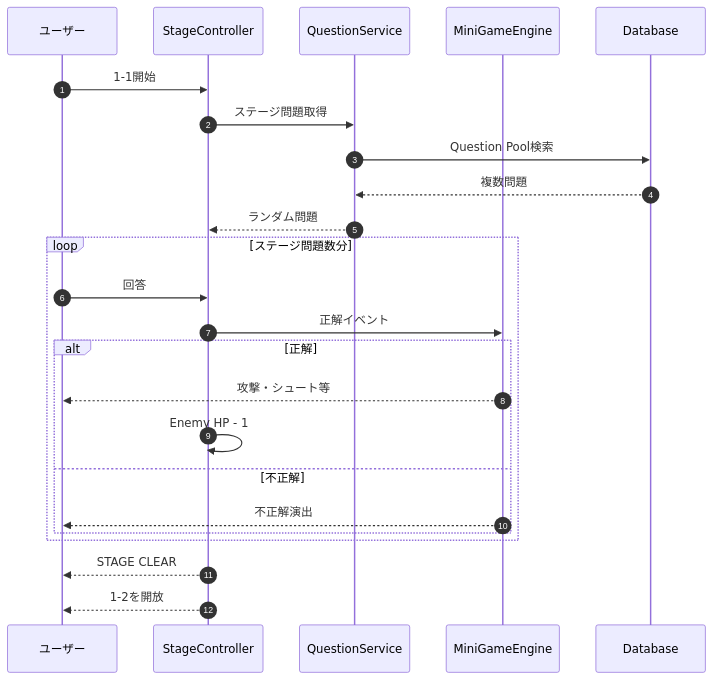
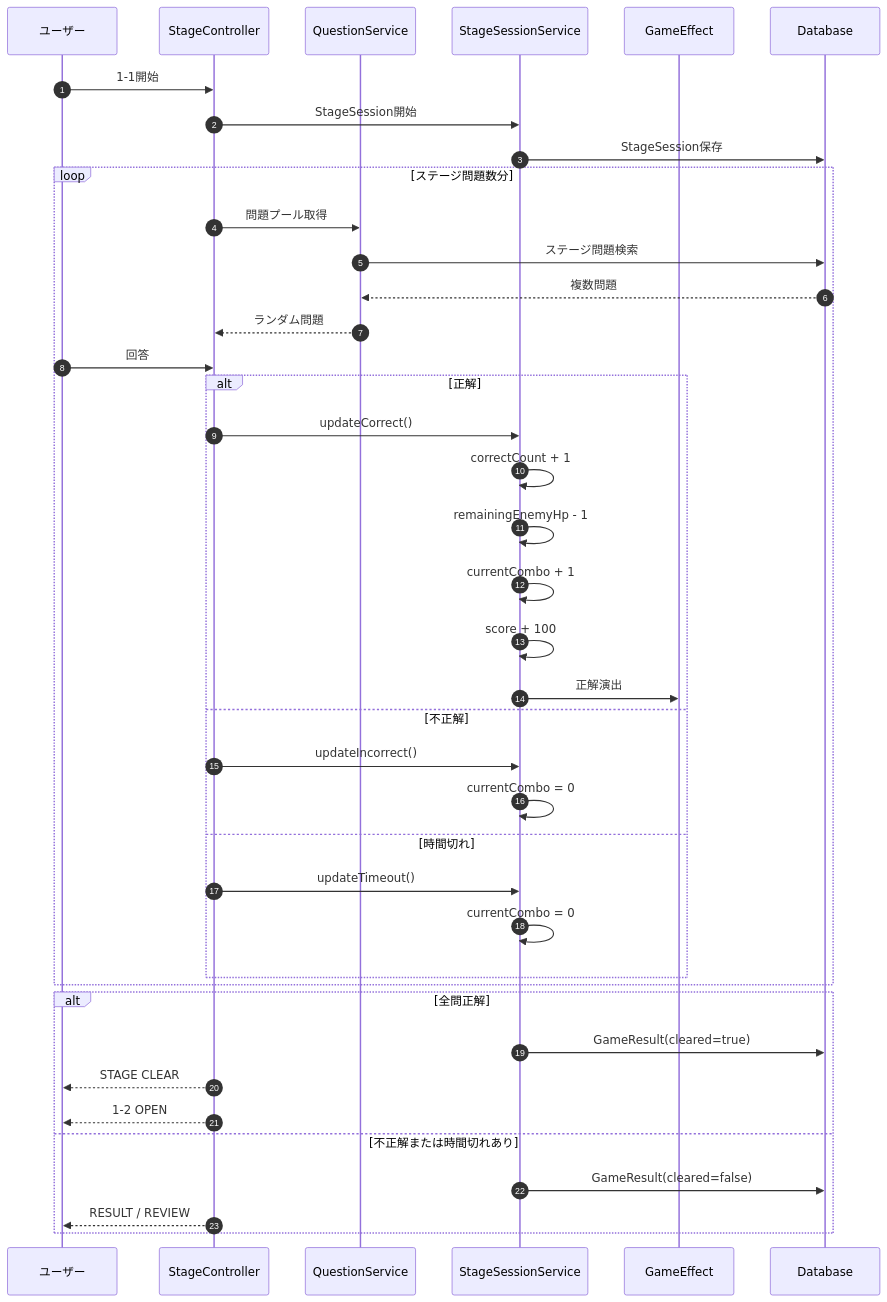
One commit to suu-dev-0203/graduation_JAVAgame changed the fifth of 6 diagrams in README.md. Above: the diagram before and after it, drawn with Mermaid. The commit also changed other lines of this file, not shown here.

````diff
--- a/README.md
+++ b/README.md
@@ -1160,29 +1437,48 @@
 ```mermaid
 sequenceDiagram
     autonumber
+
     participant User as ユーザー
     participant Stage as StageController
     participant Question as QuestionService
-    participant Effect as MiniGameEngine
+    participant Session as StageSessionService
+    participant Effect as GameEffect
     participant DB as Database
 
     User->>Stage: 1-1開始
-    Stage->>Question: ステージ問題取得
-    Question->>DB: Question Pool検索
-    DB-->>Question: 複数問題
-    Question-->>Stage: ランダム問題
+    Stage->>Session: StageSession開始
+    Session->>DB: StageSession保存
 
     loop ステージ問題数分
+        Stage->>Question: 問題プール取得
+        Question->>DB: ステージ問題検索
+        DB-->>Question: 複数問題
+        Question-->>Stage: ランダム問題
+
         User->>Stage: 回答
-        Stage->>Effect: 正解イベント
+
         alt 正解
-            Effect-->>User: 攻撃・シュート等
-            Stage->>Stage: Enemy HP - 1
+            Stage->>Session: updateCorrect()
+            Session->>Session: correctCount + 1
+            Session->>Session: remainingEnemyHp - 1
+            Session->>Session: currentCombo + 1
+            Session->>Session: score + 100
+            Session->>Effect: 正解演出
         else 不正解
-            Effect-->>User: 不正解演出
+            Stage->>Session: updateIncorrect()
+            Session->>Session: currentCombo = 0
+        else 時間切れ
+            Stage->>Session: updateTimeout()
+            Session->>Session: currentCombo = 0
         end
     end
 
-    Stage-->>User: STAGE CLEAR
-    Stage-->>User: 1-2を開放
+    alt 全問正解
+        Session->>DB: GameResult(cleared=true)
+        Stage-->>User: STAGE CLEAR
+        Stage-->>User: 1-2 OPEN
+    else 不正解または時間切れあり
+        Session->>DB: GameResult(cleared=false)
+        Stage-->>User: RESULT / REVIEW
+    end
 ```
````
